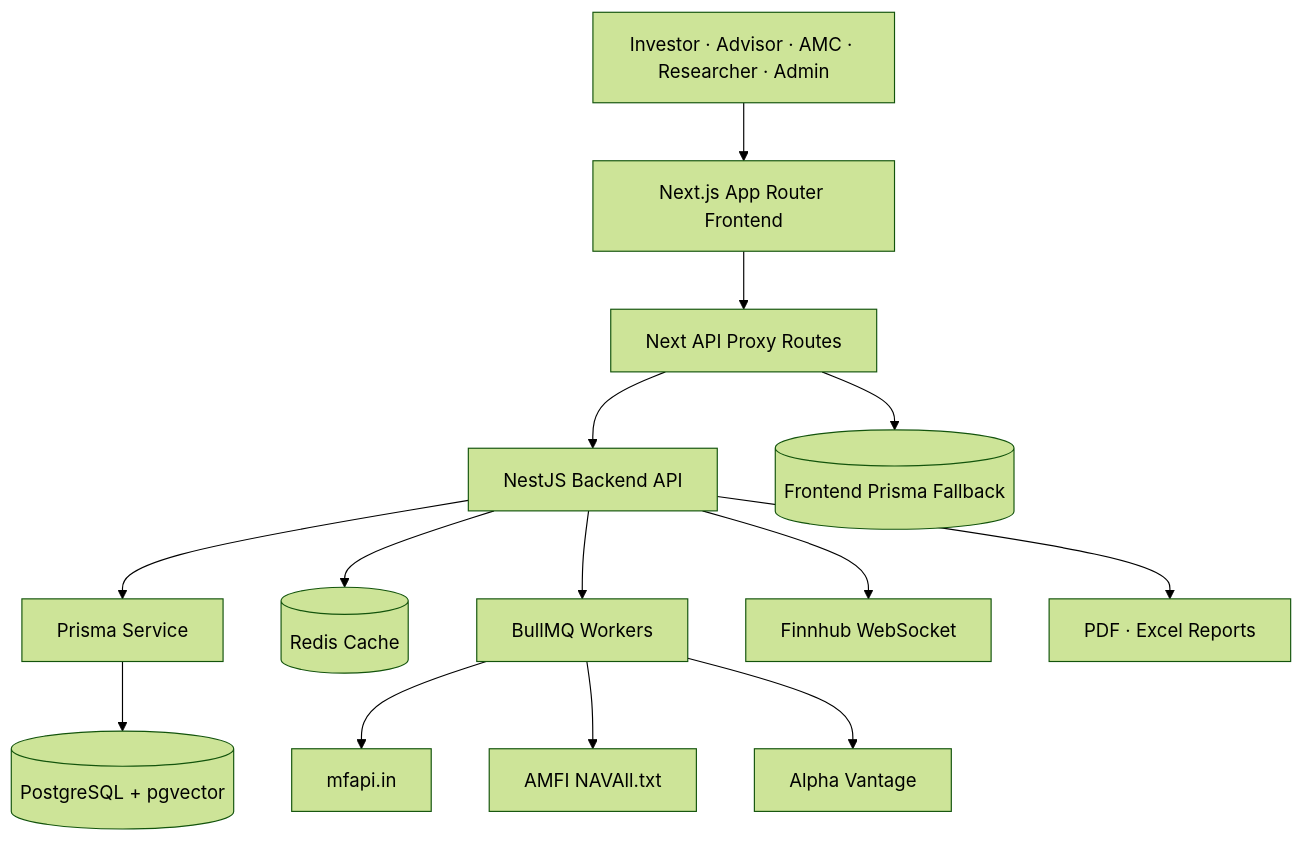
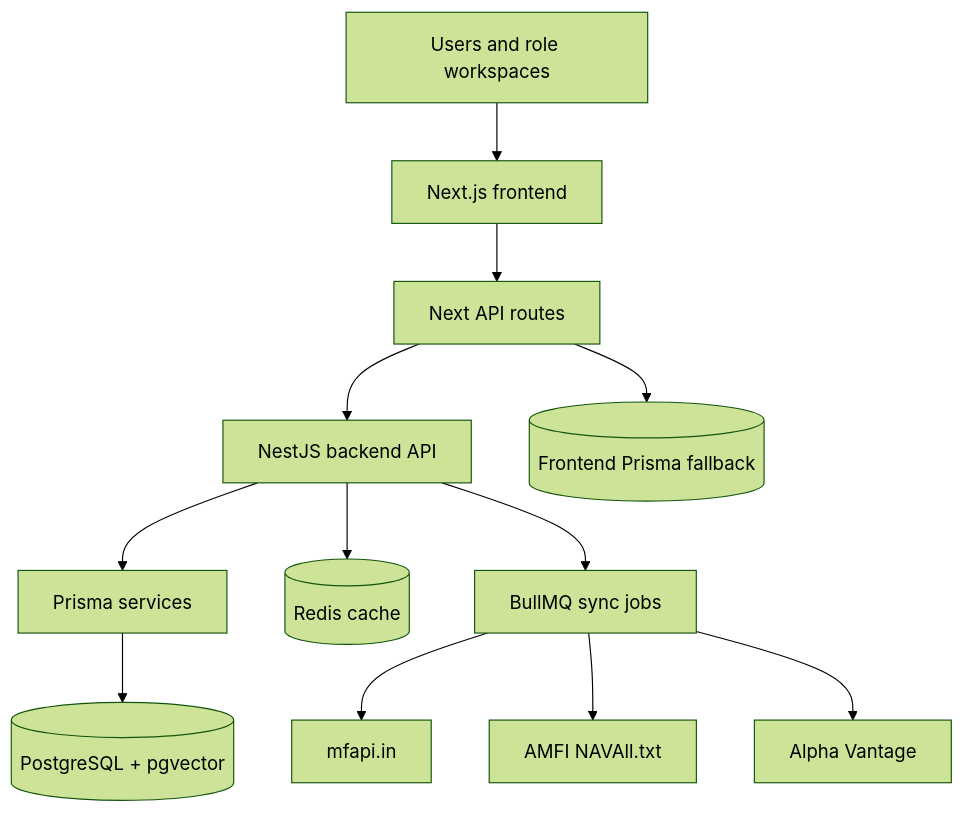
Before and after one commit to varunsahukar/Lumina: the diagram in README.md, drawn with Mermaid (forest theme). The commit also changed other lines of this file and 1 other file, not shown here.

````diff
--- a/README.md
+++ b/README.md
@@ -38,16 +46,14 @@
 ```mermaid
 flowchart TD
-  User[Investor · Advisor · AMC · Researcher · Admin] --> Next[Next.js App Router Frontend]
-  Next --> Proxy[Next API Proxy Routes]
-  Proxy --> Nest[NestJS Backend API]
-  Proxy --> LocalDb[(Frontend Prisma Fallback)]
-  Nest --> Prisma[Prisma Service]
+  User[Users and role workspaces] --> Next[Next.js frontend]
+  Next --> Proxy[Next API routes]
+  Proxy --> Nest[NestJS backend API]
+  Proxy --> LocalDb[(Frontend Prisma fallback)]
+  Nest --> Prisma[Prisma services]
   Prisma --> Postgres[(PostgreSQL + pgvector)]
-  Nest --> Redis[(Redis Cache)]
-  Nest --> Queue[BullMQ Workers]
+  Nest --> Redis[(Redis cache)]
+  Nest --> Queue[BullMQ sync jobs]
   Queue --> MFAPI[mfapi.in]
   Queue --> AMFI[AMFI NAVAll.txt]
   Queue --> Alpha[Alpha Vantage]
-  Nest --> Finnhub[Finnhub WebSocket]
-  Nest --> Reports[PDF · Excel Reports]
 ```
````
